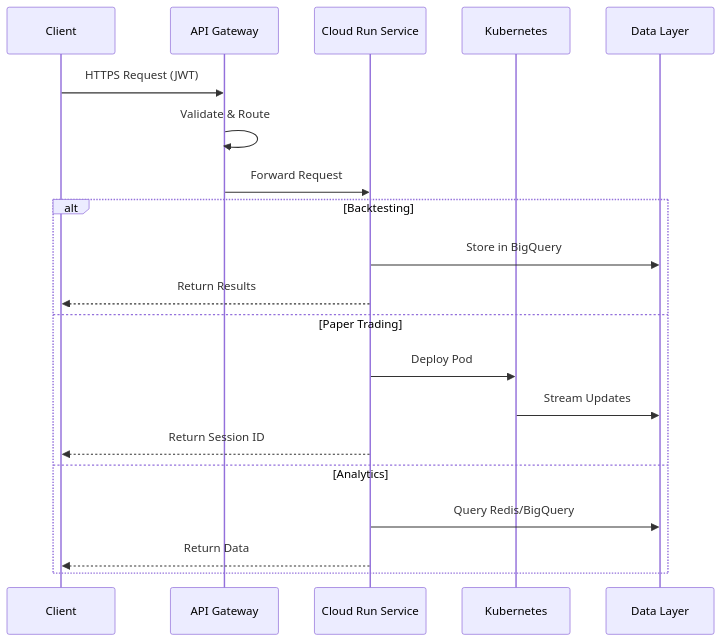
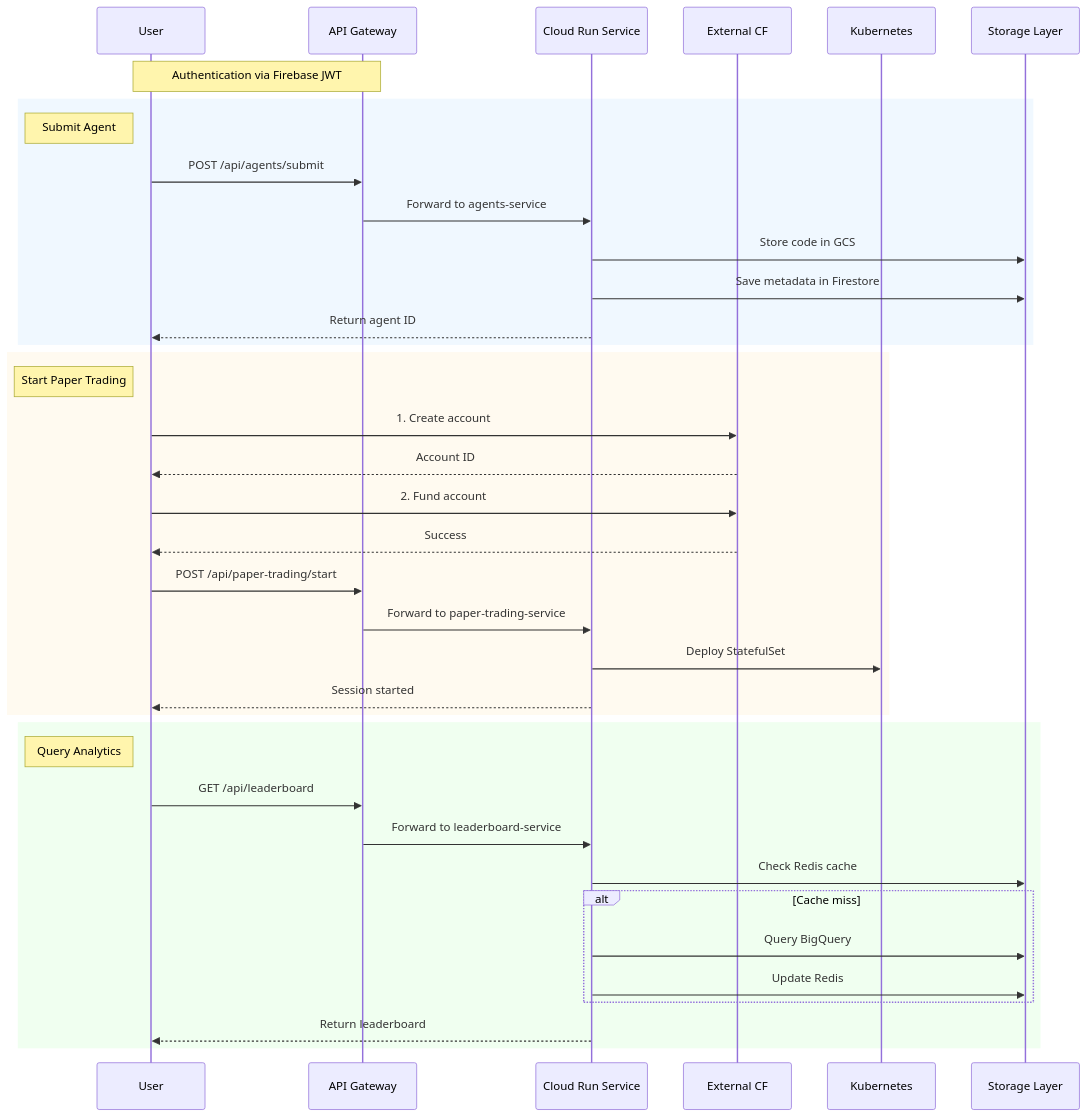
One commit to Spooky-Labs/The-Farm-Mark-II changed the second of 2 diagrams in README.md. Above: the diagram before and after it, drawn with Mermaid. The commit also changed other lines of this file, not shown here.

````diff
--- a/README.md
+++ b/README.md
@@ -103,24 +110,44 @@
 ```mermaid
 sequenceDiagram
-    participant Client
+    participant User
     participant Gateway as API Gateway
     participant Service as Cloud Run Service
+    participant External as External CF
     participant K8s as Kubernetes
-    participant Data as Data Layer
+    participant Storage as Storage Layer
 
-    Client->>Gateway: HTTPS Request (JWT)
-    Gateway->>Gateway: Validate & Route
-    Gateway->>Service: Forward Request
+    Note over User,Gateway: Authentication via Firebase JWT
 
-    alt Backtesting
-        Service->>Data: Store in BigQuery
-        Service-->>Client: Return Results
-    else Paper Trading
-        Service->>K8s: Deploy Pod
-        K8s->>Data: Stream Updates
-        Service-->>Client: Return Session ID
-    else Analytics
-        Service->>Data: Query Redis/BigQuery
-        Service-->>Client: Return Data
+    rect rgb(240,248,255)
+        Note left of User: Submit Agent
+        User->>Gateway: POST /api/agents/submit
+        Gateway->>Service: Forward to agents-service
+        Service->>Storage: Store code in GCS
+        Service->>Storage: Save metadata in Firestore
+        Service-->>User: Return agent ID
+    end
+
+    rect rgb(255,250,240)
+        Note left of User: Start Paper Trading
+        User->>External: 1. Create account
+        External-->>User: Account ID
+        User->>External: 2. Fund account
+        External-->>User: Success
+        User->>Gateway: POST /api/paper-trading/start
+        Gateway->>Service: Forward to paper-trading-service
+        Service->>K8s: Deploy StatefulSet
+        Service-->>User: Session started
+    end
+
+    rect rgb(240,255,240)
+        Note left of User: Query Analytics
+        User->>Gateway: GET /api/leaderboard
+        Gateway->>Service: Forward to leaderboard-service
+        Service->>Storage: Check Redis cache
+        alt Cache miss
+            Service->>Storage: Query BigQuery
+            Service->>Storage: Update Redis
+        end
+        Service-->>User: Return leaderboard
     end
 ```
````
